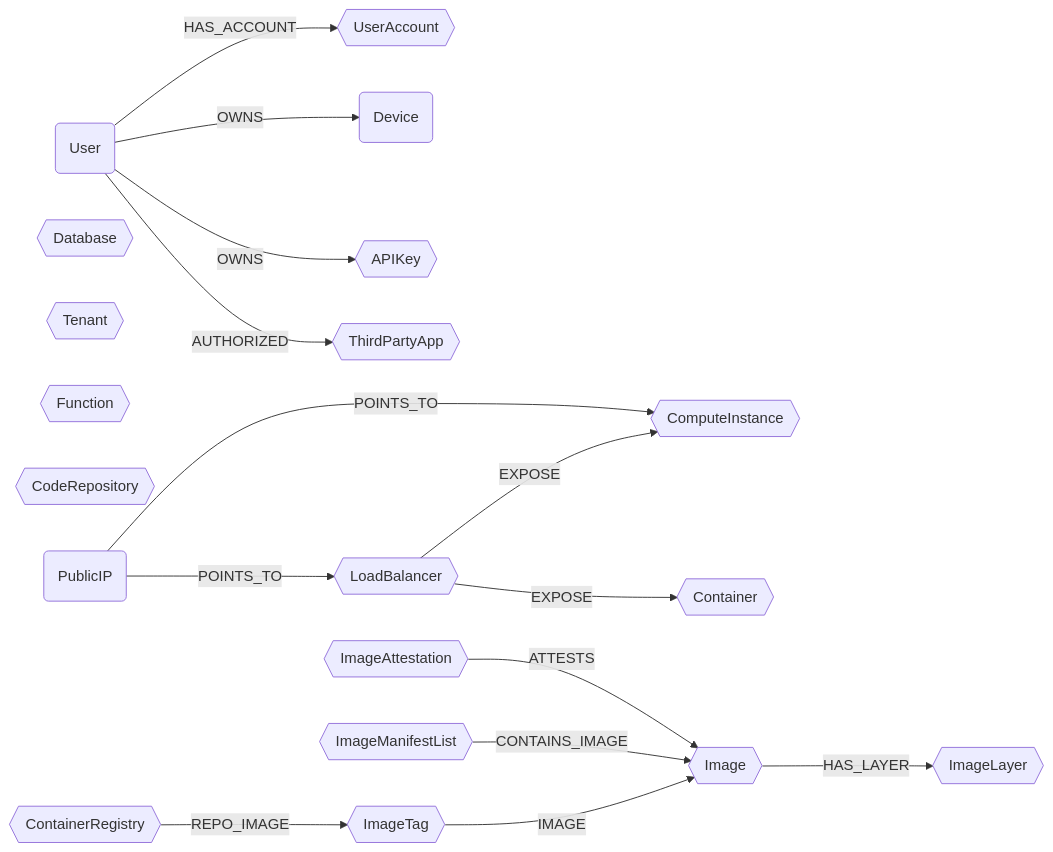
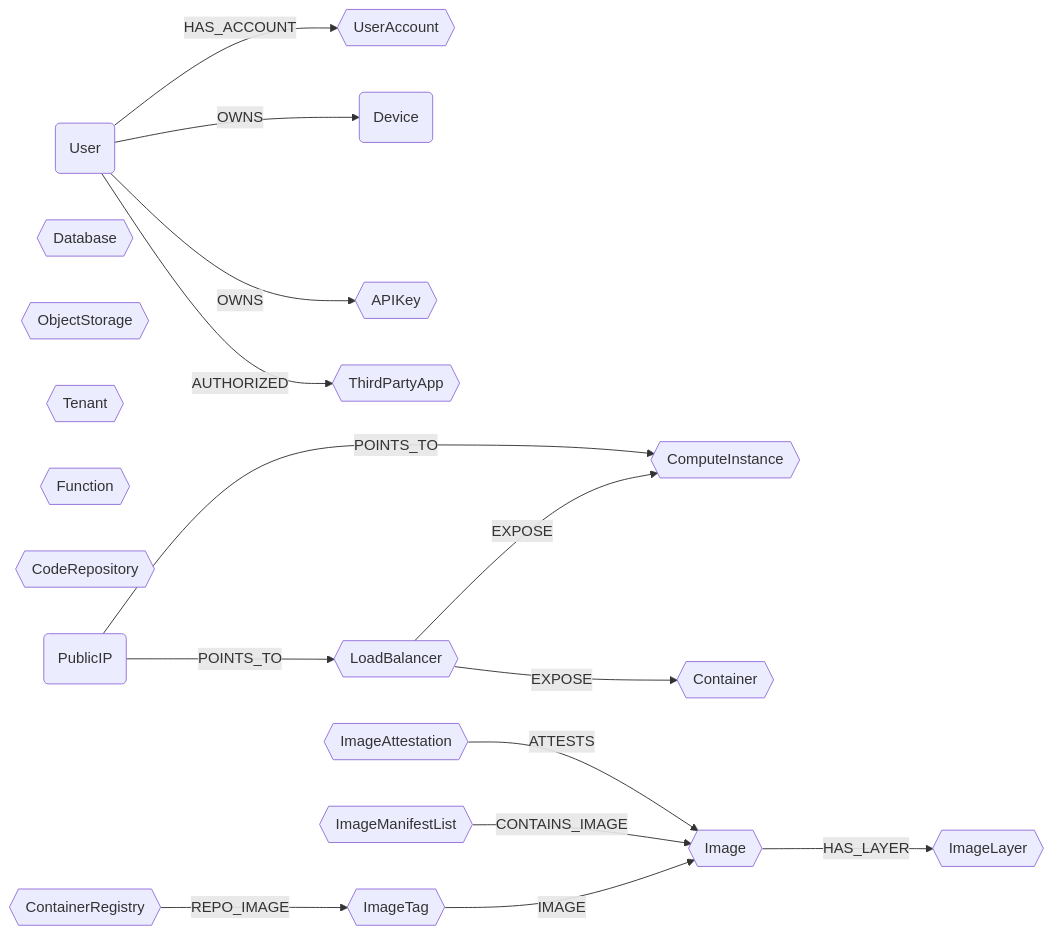
Before and after one commit to sec-js/cartography: the diagram in docs/root/modules/ontology/schema.md, drawn with Mermaid. The commit also changed other lines of this file and 9 other files, not shown here.

First line of the commit message:
feat(ontology): add ObjectStorage semantic label for cross-cloud bucket querying (#2348)

````diff
--- a/docs/root/modules/ontology/schema.md
+++ b/docs/root/modules/ontology/schema.md
@@ -6,21 +6,22 @@
 ```mermaid
 graph LR
 
 U(User) -- HAS_ACCOUNT --> UA{{UserAccount}}
 U -- OWNS --> CC(Device)
 U -- OWNS --> AK{{APIKey}}
 U -- AUTHORIZED --> OA{{ThirdPartyApp}}
 LB{{LoadBalancer}} -- EXPOSE --> CI{{ComputeInstance}}
 LB{{LoadBalancer}} -- EXPOSE --> CT{{Container}}
 DB{{Database}}
+OS{{ObjectStorage}}
 TN{{Tenant}}
 FN{{Function}}
 REPO{{CodeRepository}}
 PIP(PublicIP) -- POINTS_TO --> LB
 PIP -- POINTS_TO --> CI
 CR{{ContainerRegistry}} -- REPO_IMAGE --> IT{{ImageTag}}
 IT -- IMAGE --> IM{{Image}}
 IML{{ImageManifestList}} -- CONTAINS_IMAGE --> IM
 IA{{ImageAttestation}} -- ATTESTS --> IM
 IM -- HAS_LAYER --> IL{{ImageLayer}}
 ```
````
